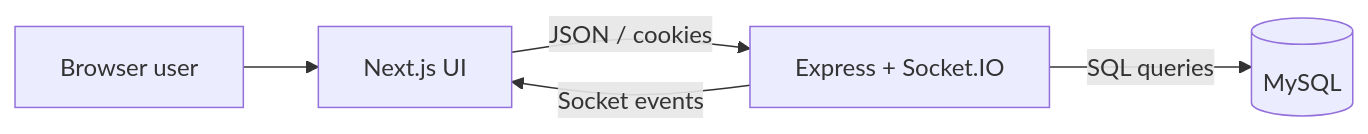
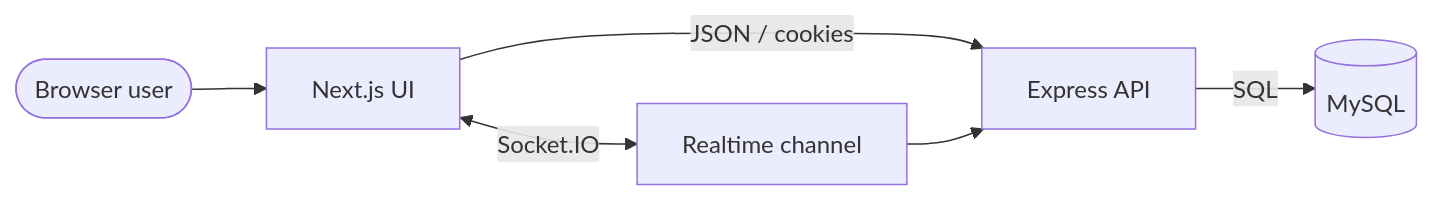
One commit to Brajesh31/ArcherE-Bank changed the first of 5 diagrams in docs/data-flow.md. Above: the diagram before and after it, drawn with Mermaid. The commit also changed other lines of this file and 63 other files, not shown here.

````diff
--- a/docs/data-flow.md
+++ b/docs/data-flow.md
@@ -5,11 +5,8 @@
-```mermaid
+~~~mermaid
 flowchart LR
-    Person[Browser user]
-    UI[Next.js UI]
-    Server[Express + Socket.IO]
-    Store[(MySQL)]
-    Person --> UI
-    UI -->|JSON / cookies| Server
-    Server -->|SQL queries| Store
-    Server -->|Socket events| UI
-```
+    User([Browser user]) --> UI[Next.js UI]
+    UI -->|JSON / cookies| API[Express API]
+    API -->|SQL| DB[(MySQL)]
+    UI <-->|Socket.IO| RT[Realtime channel]
+    RT --> API
+~~~
````
